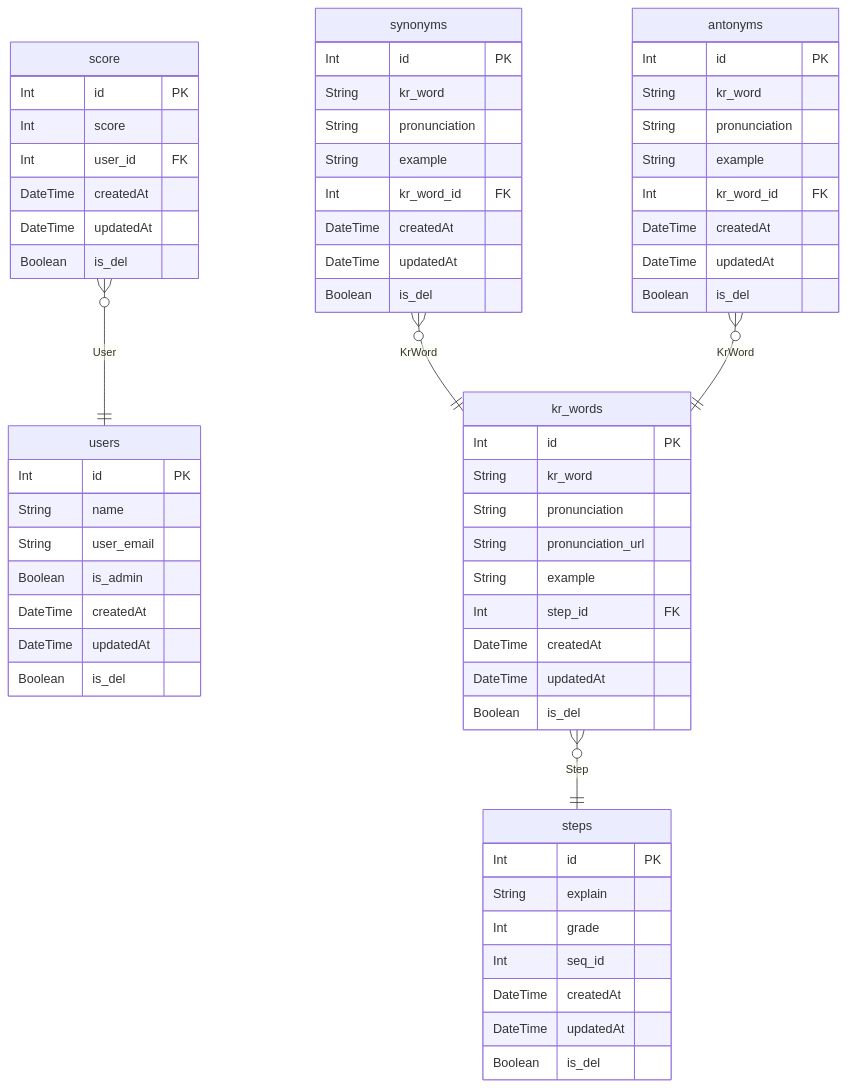
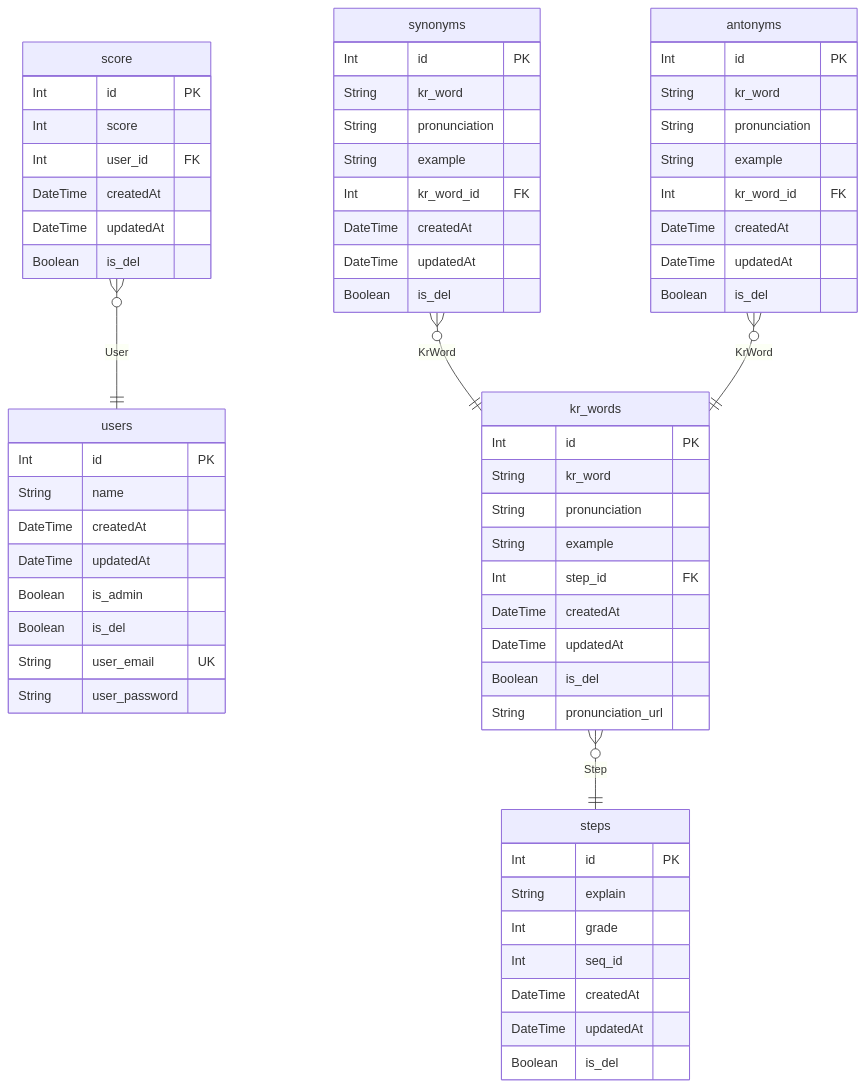
Before and after one commit to CobitionOrg/solibyeoli-server: the diagram in prisma/ERD.md, drawn with Mermaid. The commit also changed other lines of this file and 16 other files, not shown here.

````diff
--- a/prisma/ERD.md
+++ b/prisma/ERD.md
@@ -7,64 +7,65 @@
 ```mermaid
 erDiagram
 "users" {
   Int id PK
   String name
-  String user_email
-  Boolean is_admin
   DateTime createdAt
   DateTime updatedAt
+  Boolean is_admin
   Boolean is_del
+  String user_email UK
+  String user_password
 }
 "score" {
   Int id PK
   Int score
   Int user_id FK
   DateTime createdAt
   DateTime updatedAt
   Boolean is_del
 }
 "steps" {
   Int id PK
   String explain
   Int grade
   Int seq_id
   DateTime createdAt
   DateTime updatedAt
   Boolean is_del
 }
 "kr_words" {
   Int id PK
   String kr_word
   String pronunciation
-  String pronunciation_url
   String example
   Int step_id FK
   DateTime createdAt
   DateTime updatedAt
   Boolean is_del
+  String pronunciation_url
 }
 "synonyms" {
   Int id PK
   String kr_word
   String pronunciation
   String example
   Int kr_word_id FK
   DateTime createdAt
   DateTime updatedAt
   Boolean is_del
 }
 "antonyms" {
   Int id PK
   String kr_word
   String pronunciation
   String example
   Int kr_word_id FK
   DateTime createdAt
   DateTime updatedAt
   Boolean is_del
 }
 "score" }o--|| "users" : User
 "kr_words" }o--|| "steps" : Step
 "synonyms" }o--|| "kr_words" : KrWord
 "antonyms" }o--|| "kr_words" : KrWord
 ```
````
